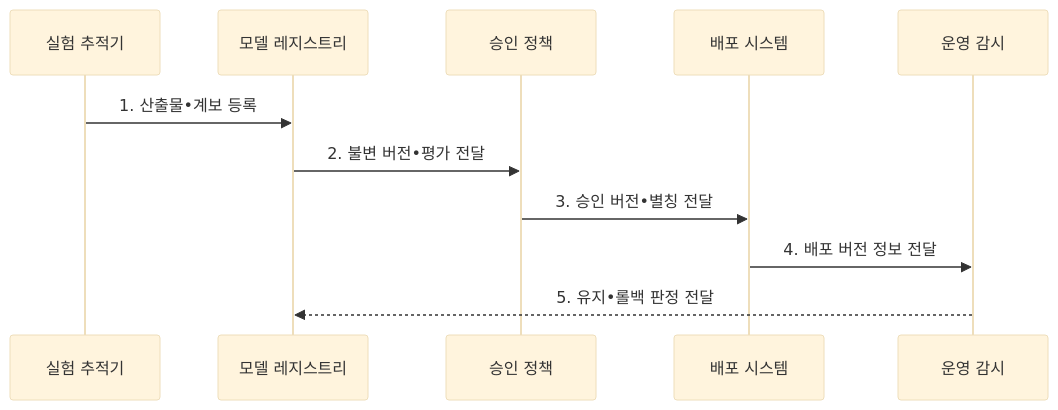
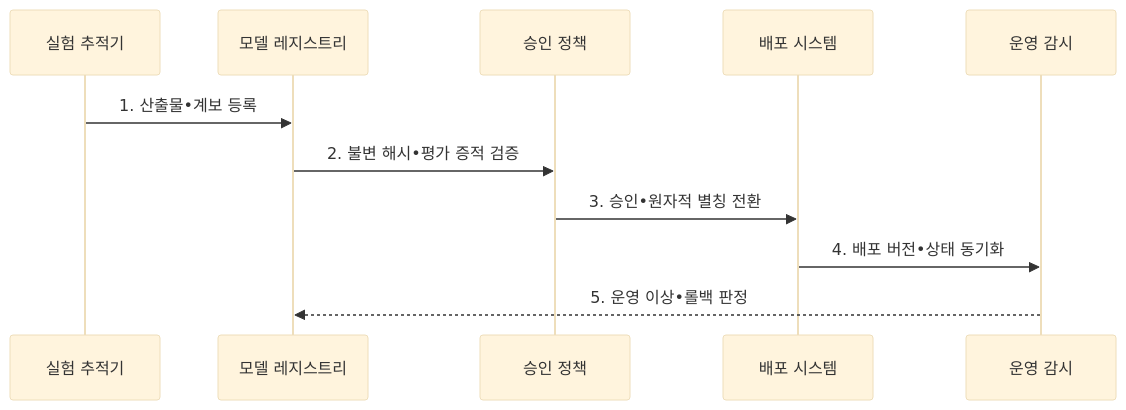
One commit to agnusdei1207/knowledge-base changed the second of 2 diagrams in src/content/docs/notes/08-latest-tech/133_model_registry.md. Above: the diagram before and after it, drawn with Mermaid (base theme). The commit also changed other lines of this file and 14 other files, not shown here.

````diff
--- a/src/content/docs/notes/08-latest-tech/133_model_registry.md
+++ b/src/content/docs/notes/08-latest-tech/133_model_registry.md
@@ -104,13 +104,13 @@
 ```mermaid
 sequenceDiagram
     participant T as 실험 추적기
     participant R as 모델 레지스트리
     participant A as 승인 정책
     participant D as 배포 시스템
     participant M as 운영 감시
     T->>R: 1. 산출물•계보 등록
-    R->>A: 2. 불변 버전•평가 전달
-    A->>D: 3. 승인 버전•별칭 전달
-    D->>M: 4. 배포 버전 정보 전달
-    M-->>R: 5. 유지•롤백 판정 전달
+    R->>A: 2. 불변 해시•평가 증적 검증
+    A->>D: 3. 승인•원자적 별칭 전환
+    D->>M: 4. 배포 버전•상태 동기화
+    M-->>R: 5. 운영 이상•롤백 판정
 ```
````
